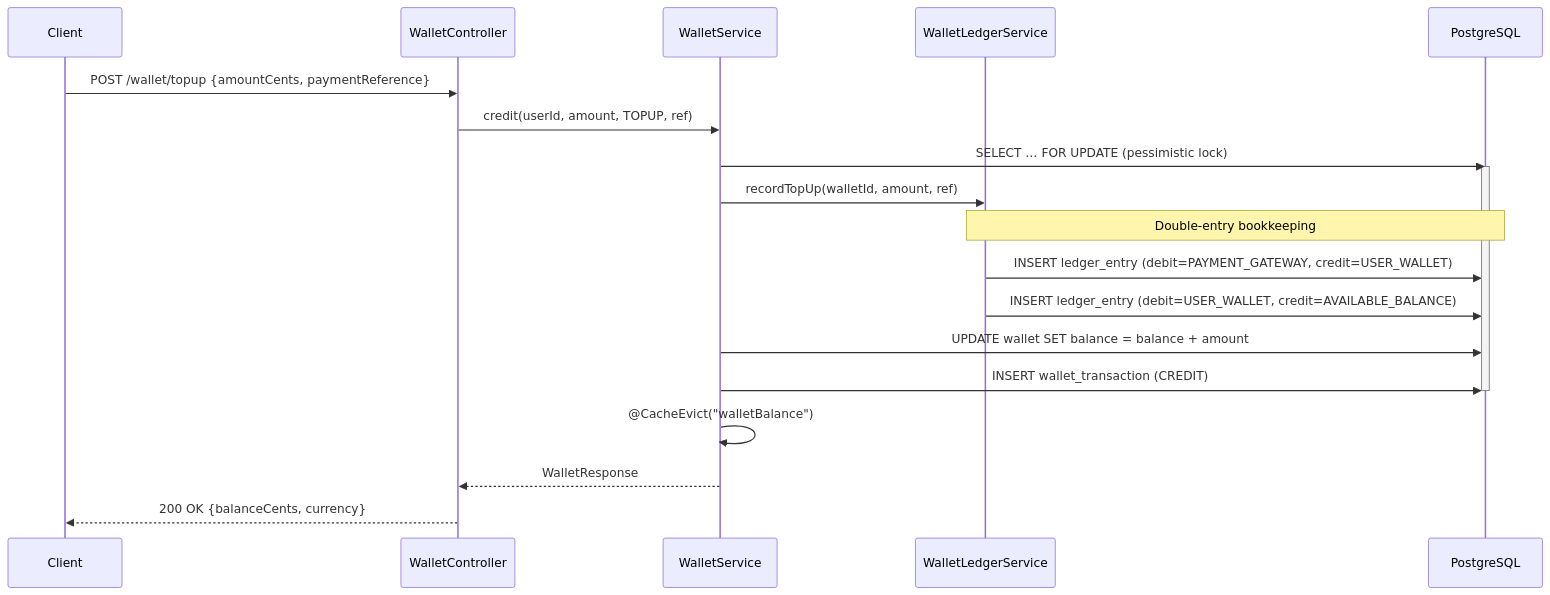
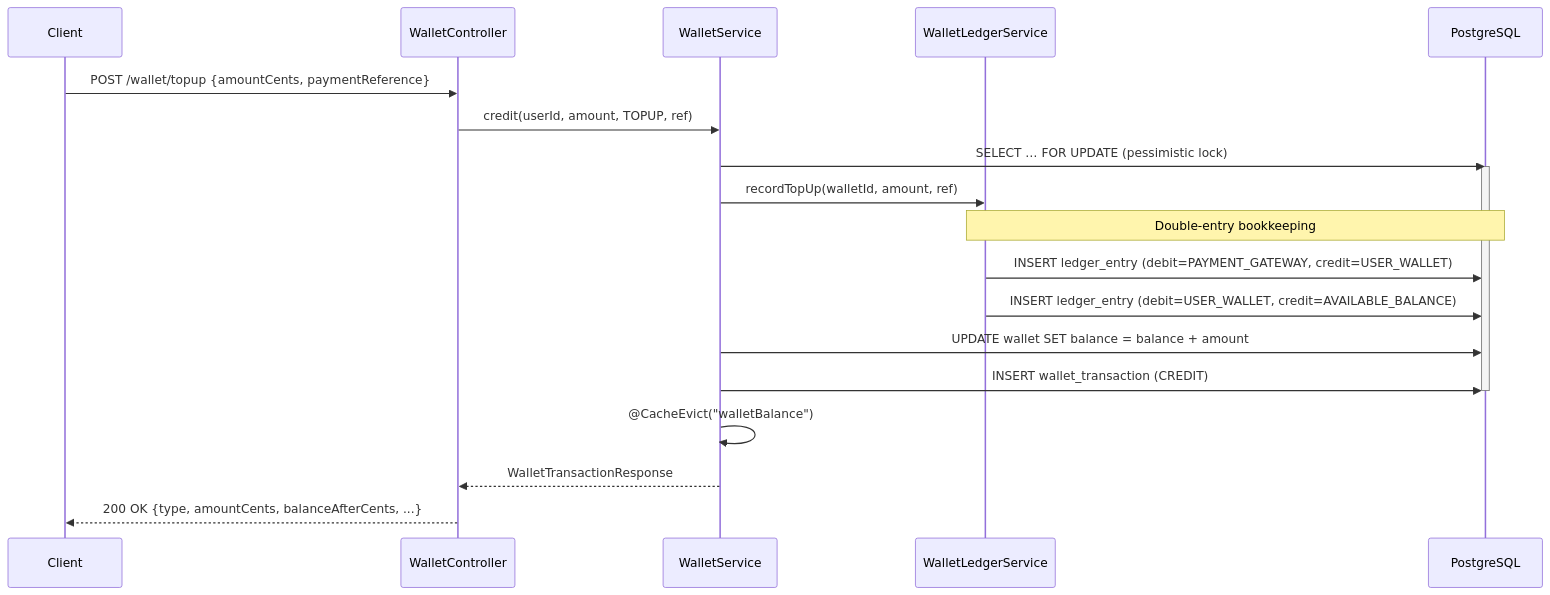
One commit to sunitakeazycommerz-a11y/InstaCommerce changed the first of 5 diagrams in services/wallet-loyalty-service/README.md. Above: the diagram before and after it, drawn with Mermaid. The commit also changed other lines of this file and 2 other files, not shown here.

First line of the commit message:
docs(services): correct backend service readmes

````diff
--- a/services/wallet-loyalty-service/README.md
+++ b/services/wallet-loyalty-service/README.md
@@ -67,27 +68,27 @@
 ```mermaid
 sequenceDiagram
     participant Client
     participant WalletController
     participant WalletService
     participant WalletLedgerService
     participant DB as PostgreSQL
 
     Client->>WalletController: POST /wallet/topup {amountCents, paymentReference}
     WalletController->>WalletService: credit(userId, amount, TOPUP, ref)
 
     WalletService->>DB: SELECT … FOR UPDATE (pessimistic lock)
     activate DB
     WalletService->>WalletLedgerService: recordTopUp(walletId, amount, ref)
 
     Note over WalletLedgerService,DB: Double-entry bookkeeping
     WalletLedgerService->>DB: INSERT ledger_entry (debit=PAYMENT_GATEWAY, credit=USER_WALLET)
     WalletLedgerService->>DB: INSERT ledger_entry (debit=USER_WALLET, credit=AVAILABLE_BALANCE)
 
     WalletService->>DB: UPDATE wallet SET balance = balance + amount
     WalletService->>DB: INSERT wallet_transaction (CREDIT)
     deactivate DB
 
     WalletService->>WalletService: @CacheEvict("walletBalance")
-    WalletService-->>WalletController: WalletResponse
-    WalletController-->>Client: 200 OK {balanceCents, currency}
+    WalletService-->>WalletController: WalletTransactionResponse
+    WalletController-->>Client: 200 OK {type, amountCents, balanceAfterCents, ...}
 ```
````
